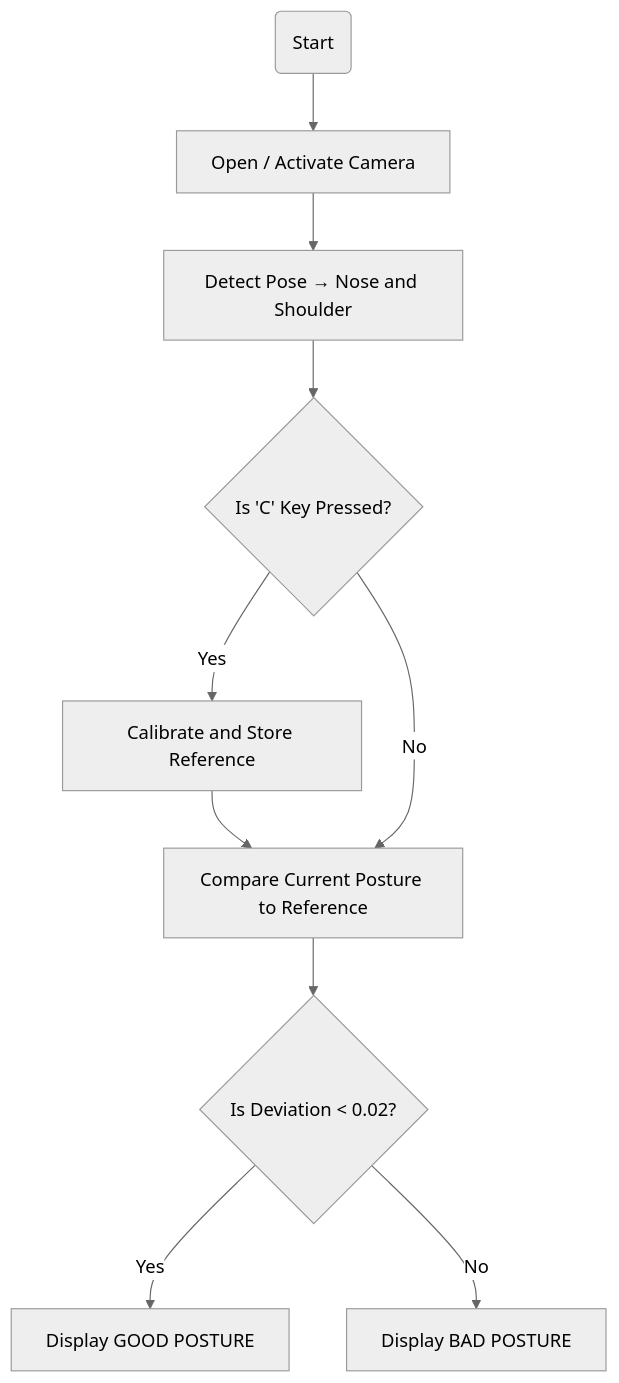
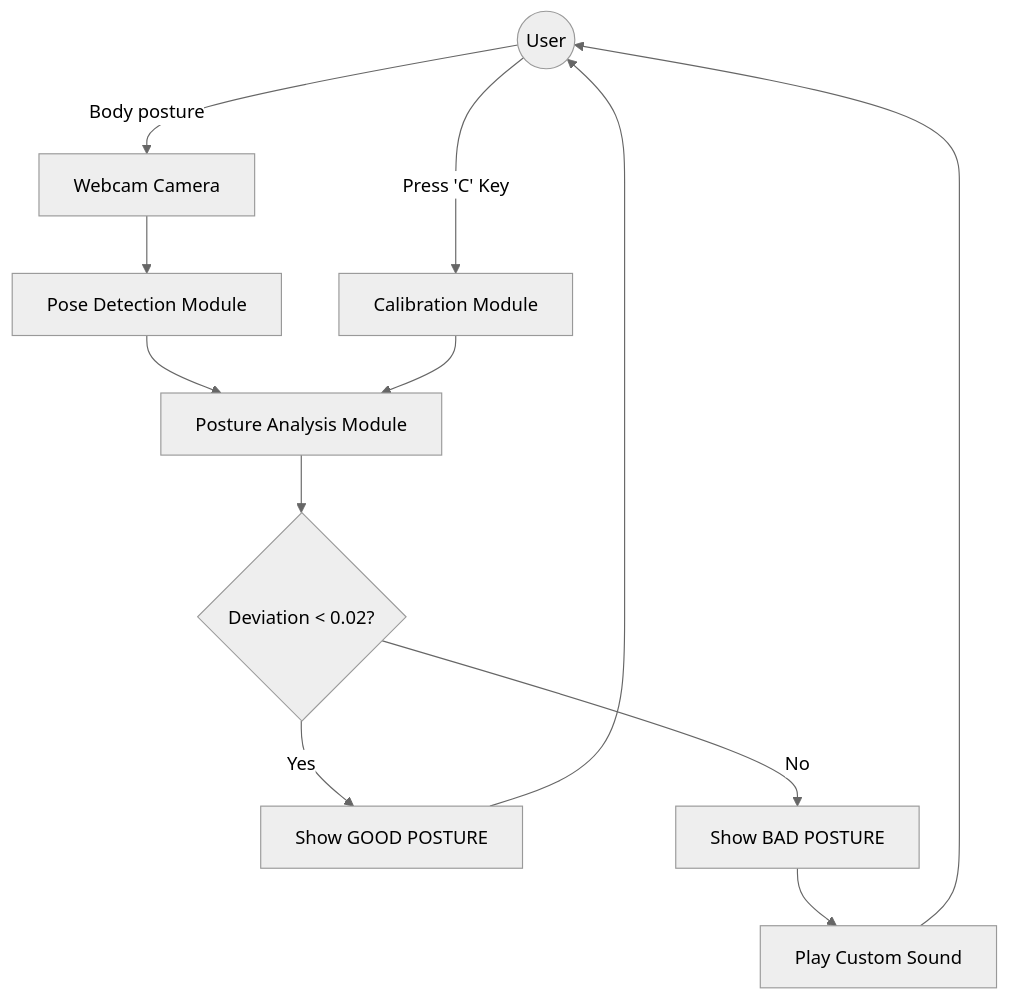
One commit to UPHSL-CCS-J3A/j3a-aiproject-env changed the diagram in README.md. Above: the diagram before and after it, drawn with Mermaid (neutral theme). The commit also changed other lines of this file, not shown here.

Commit message:
update: Enhance README with documentation link, presentation link, and system architecture design
Added links to documentation and presentation resources. Updated PEAS model, system architecture diagram, and contributors section.

````diff
--- a/README.md
+++ b/README.md
@@ -22,12 +30,23 @@
 ```mermaid
 graph TD
-    A(Start) --> B[Open / Activate Camera]
-    B --> C[Detect Pose → Nose and Shoulder]
-    C --> D{Is 'C' Key Pressed?}
-    D -->|Yes| E[Calibrate and Store Reference]
-    E --> F
-    D -->|No| F[Compare Current Posture to Reference]
-    F --> G{Is Deviation < 0.02?}
-    G -->|Yes| H[Display GOOD POSTURE]
-    G -->|No| I[Display BAD POSTURE]
+
+    User((User)) -->|Body posture| Cam[Webcam Camera]
+
+    Cam --> Detect[Pose Detection Module]
+
+    Detect --> Analysis[Posture Analysis Module]
+
+    User -->|Press 'C' Key| Calib[Calibration Module]
+    Calib --> Analysis
+
+    Analysis --> Decision{Deviation < 0.02?}
+
+    Decision -->|Yes| Good[Show GOOD POSTURE]
+    Decision -->|No| Bad[Show BAD POSTURE]
+
+    Bad -->Beep[Play Custom Sound]
+
+    Good --> User
+    Beep --> User
+
 ```
````
